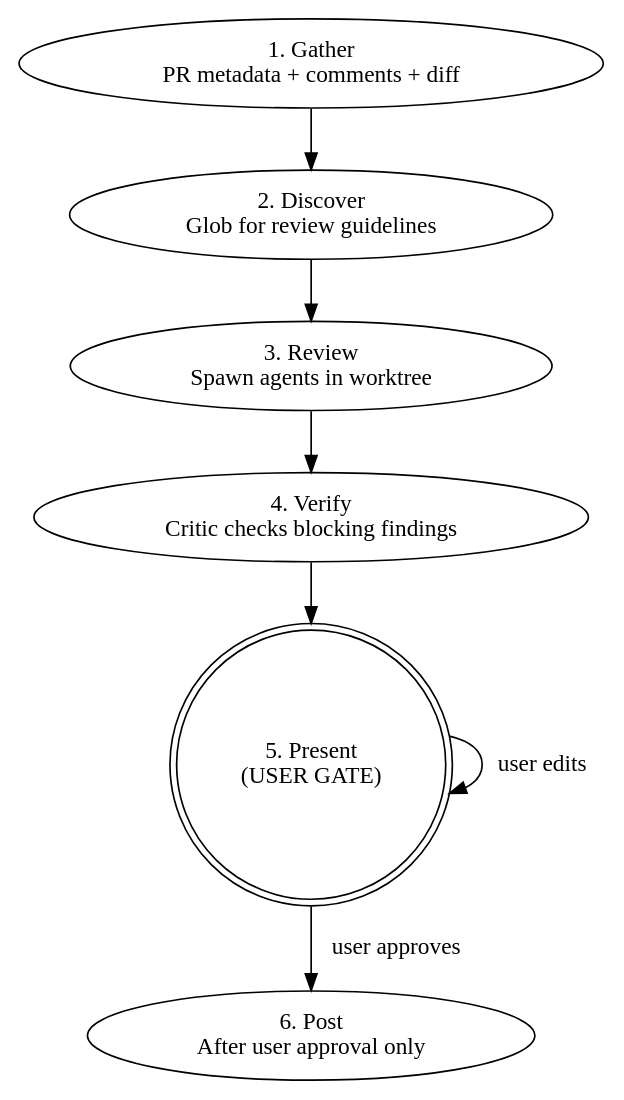
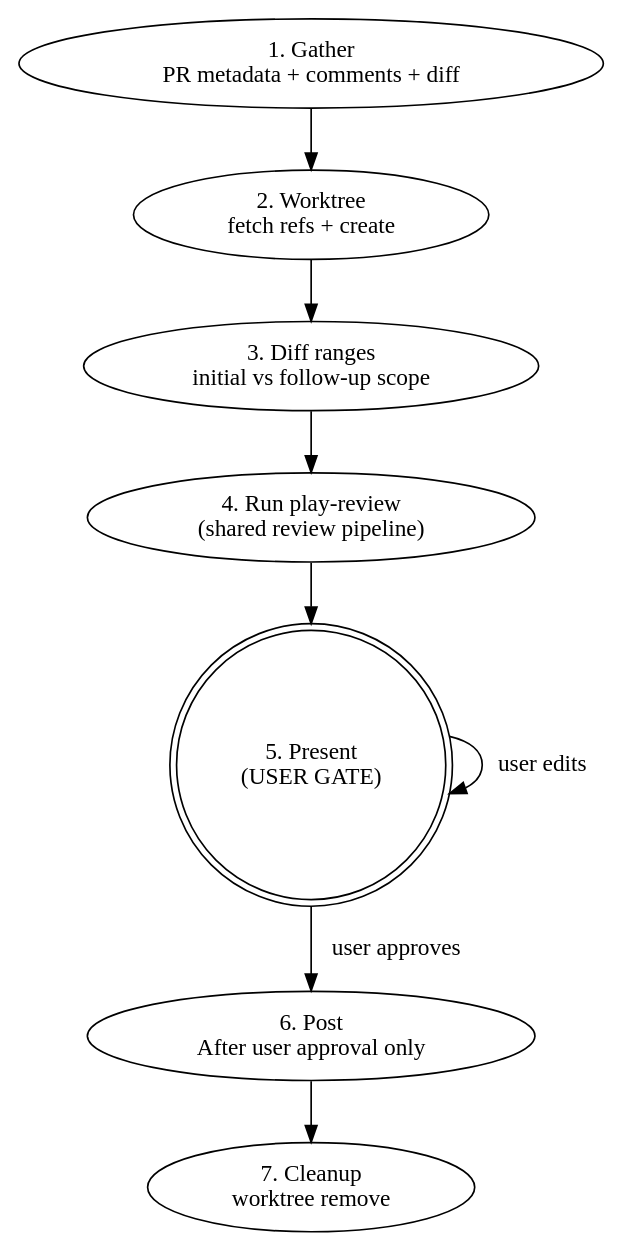
One commit to ryumiel/devcanon changed the diagram in skills/pr-review/SKILL.md. Above: the diagram before and after it, drawn with Graphviz. The commit also changed other lines of this file, not shown here.

First line of the commit message:
refactor(skills): make pr-review delegate to play-review

````diff
--- a/skills/pr-review/SKILL.md
+++ b/skills/pr-review/SKILL.md
@@ -19,15 +21,17 @@
 ```dot
 digraph pr_review {
   rankdir=TB;
   gather [label="1. Gather\nPR metadata + comments + diff"];
-  discover [label="2. Discover\nGlob for review guidelines"];
-  review [label="3. Review\nSpawn agents in worktree"];
-  verify [label="4. Verify\nCritic checks blocking findings"];
+  worktree [label="2. Worktree\nfetch refs + create"];
+  ranges [label="3. Diff ranges\ninitial vs follow-up scope"];
+  delegate [label="4. Run play-review\n(shared review pipeline)"];
   present [label="5. Present\n(USER GATE)", shape=doublecircle];
   post [label="6. Post\nAfter user approval only"];
+  cleanup [label="7. Cleanup\nworktree remove"];
 
-  gather -> discover -> review -> verify -> present;
+  gather -> worktree -> ranges -> delegate -> present;
   present -> post [label="user approves"];
   present -> present [label="user edits"];
+  post -> cleanup;
 }
 ```
````
